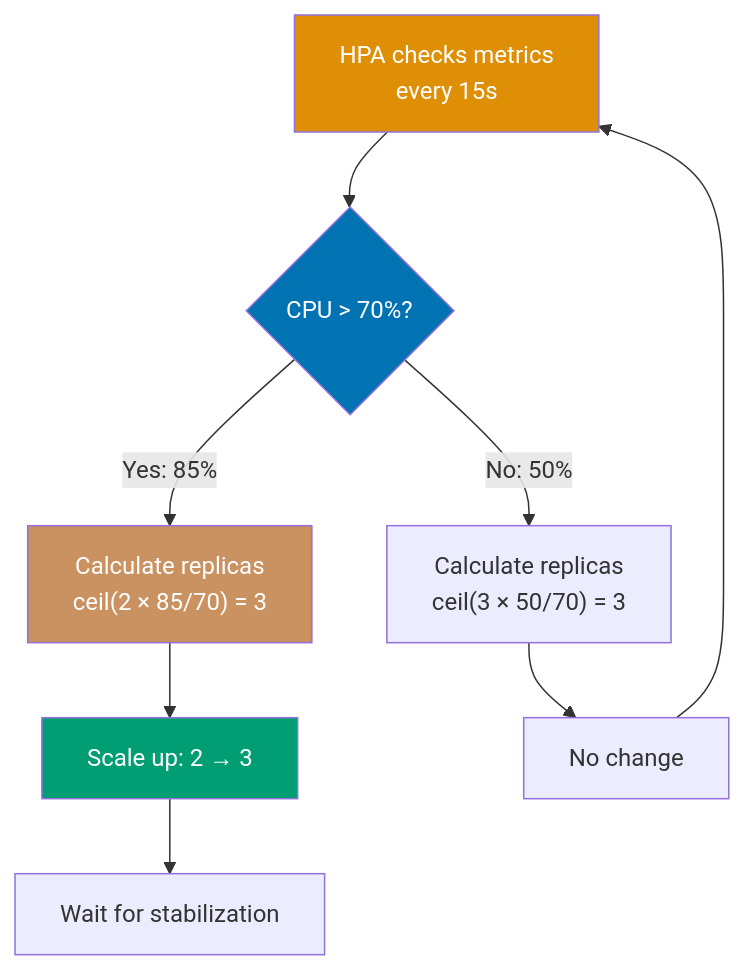
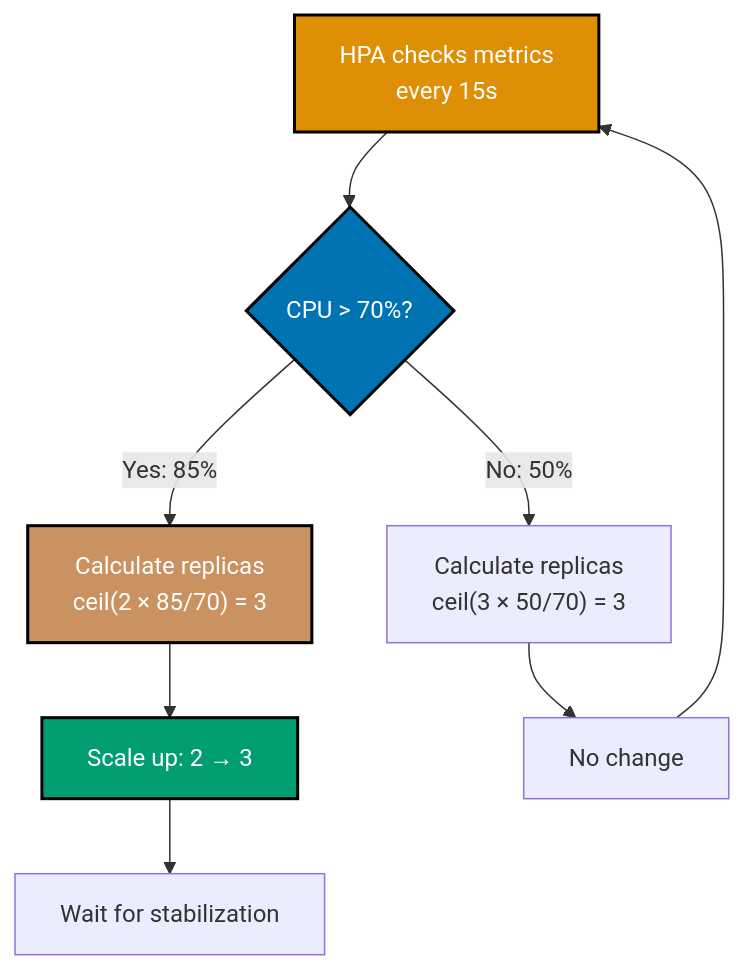
The tenth of 12 diagrams in apps/ayokoding-web/content/en/learn/software-engineering/infrastructure/tools/kubernetes/by-example/intermediate.md (wahidyankf/open-sharia-enterprise), drawn with Mermaid before and after one commit. The commit also changed other lines of this file and 25 other files, not shown here.

````diff
--- a/apps/ayokoding-web/content/en/learn/software-engineering/infrastructure/tools/kubernetes/by-example/intermediate.md
+++ b/apps/ayokoding-web/content/en/learn/software-engineering/infrastructure/tools/kubernetes/by-example/intermediate.md
@@ -2153,16 +2162,17 @@
 ```mermaid
+%% Color Palette: Blue #0173B2, Orange #DE8F05, Teal #029E73, Purple #CC78BC, Brown #CA9161
 %% HPA scaling decision
 graph TD
  A[HPA checks metrics<br/>every 15s] --> B{CPU > 70%?}
  B -->|Yes: 85%| C[Calculate replicas<br/>ceil#40;2 × 85/70#41; = 3]
  B -->|No: 50%| D[Calculate replicas<br/>ceil#40;3 × 50/70#41; = 3]
  C --> E[Scale up: 2 → 3]
  D --> F[No change]
  E --> G[Wait for stabilization]
  F --> A
 
- style A fill:#DE8F05,color:#fff
- style B fill:#0173B2,color:#fff
- style C fill:#CA9161,color:#fff
- style E fill:#029E73,color:#fff
+ style A fill:#DE8F05,stroke:#000000,stroke-width:2px,color:#fff
+ style B fill:#0173B2,stroke:#000000,stroke-width:2px,color:#fff
+ style C fill:#CA9161,stroke:#000000,stroke-width:2px,color:#fff
+ style E fill:#029E73,stroke:#000000,stroke-width:2px,color:#fff
 ```
````
